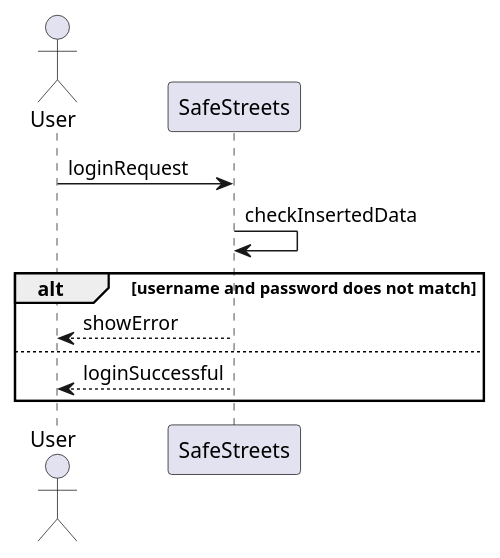
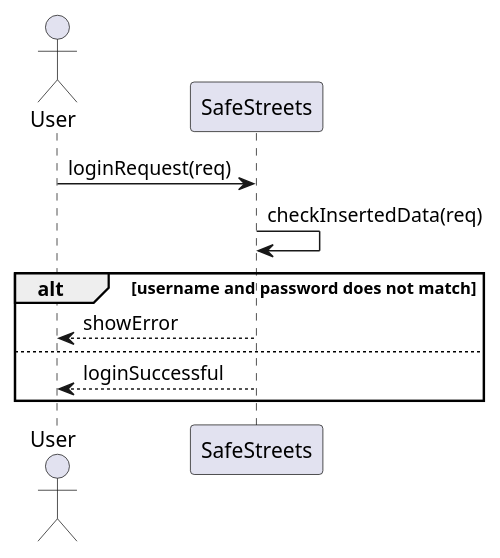
One commit to fuljo/FulginiDiCesare-SE2 changed the diagram in diagrams/rasd_sequence_diagram_uc_1_2.wsd. Above: the diagram before and after it, drawn with PlantUML. The commit also changed 9 other files, not shown here.

```diff
--- a/diagrams/rasd_sequence_diagram_uc_1_2.wsd
+++ b/diagrams/rasd_sequence_diagram_uc_1_2.wsd
@@ -1,16 +1,16 @@
 @startuml rasd_sequence_diagram_uc_1_2
 skinparam Shadowing false
 
 actor User as U
 participant SafeStreets as SS
 
-U -> SS : loginRequest
-SS -> SS : checkInsertedData
+U -> SS : loginRequest(req)
+SS -> SS : checkInsertedData(req)
 
 alt username and password does not match
 SS --> U : showError
 else 
 SS --> U : loginSuccessful
 end
 
 @enduml
```
